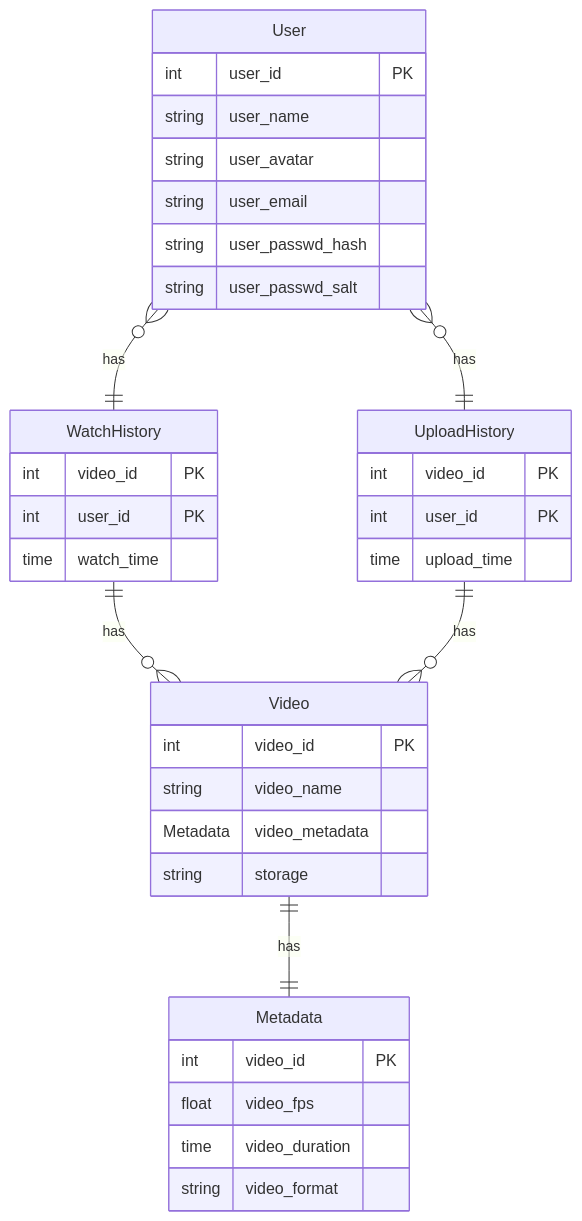
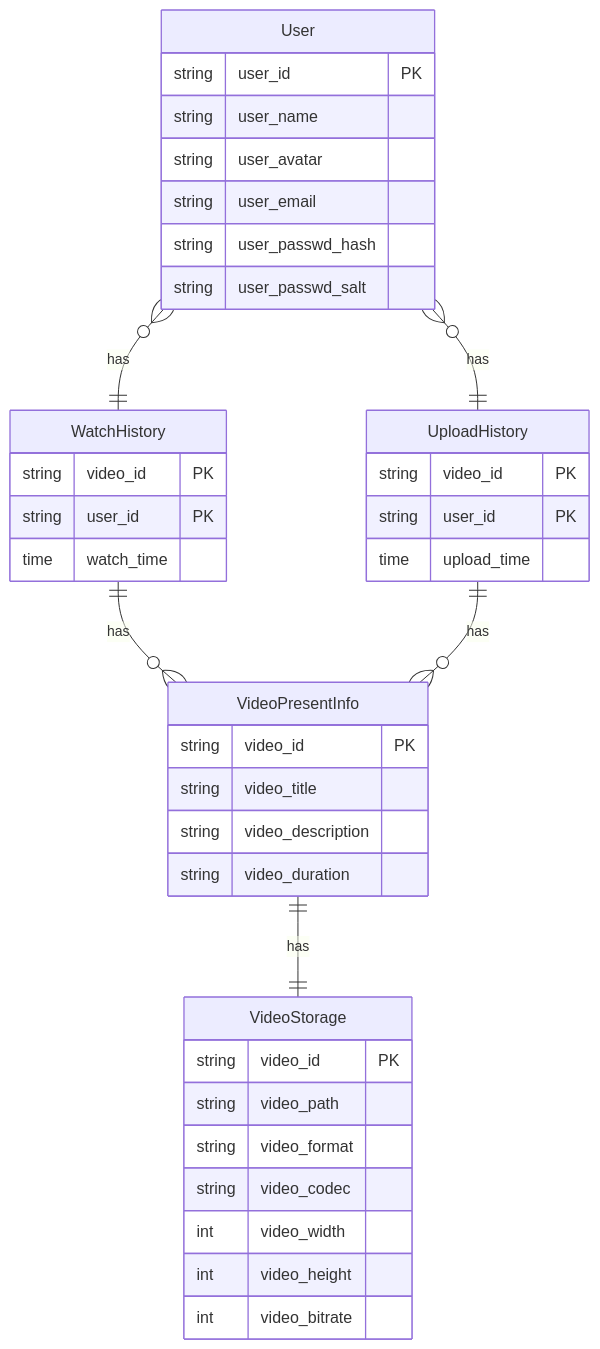
Before and after one commit to fgloris/jmanime: the diagram in document/database_design.md, drawn with Mermaid. The commit also changed 9 other files, not shown here.

````diff
--- a/document/database_design.md
+++ b/document/database_design.md
@@ -1,43 +1,46 @@
 ```mermaid
 erDiagram
   User {
-    int user_id PK
+    string user_id PK
     string user_name
     string user_avatar
     string user_email
     string user_passwd_hash
     string user_passwd_salt
   }
 
-  Metadata {
-    int video_id PK
-    float video_fps
-    time video_duration
+  VideoStorage {
+    string video_id PK
+    string video_path
     string video_format
+    string video_codec
+    int video_width
+    int video_height
+    int video_bitrate
   }
   
-  Video {
-    int video_id PK
-    string video_name
-    Metadata video_metadata
-    string storage
+  VideoPresentInfo {
+    string video_id PK
+    string video_title
+    string video_description
+    string video_duration
   }
     
   WatchHistory {
-    int video_id PK
-    int user_id PK
+    string video_id PK
+    string user_id PK
     time watch_time
   }
 
   UploadHistory {
-    int video_id PK
-    int user_id PK
+    string video_id PK
+    string user_id PK
     time upload_time
   }
   
-  Video ||--|| Metadata : has
+  VideoPresentInfo ||--|| VideoStorage : has
   User }o--|| WatchHistory : has
-  WatchHistory ||--o{ Video : has
+  WatchHistory ||--o{ VideoPresentInfo : has
   User }o--|| UploadHistory : has
-  UploadHistory ||--o{ Video : has
+  UploadHistory ||--o{ VideoPresentInfo : has
 ```
````
